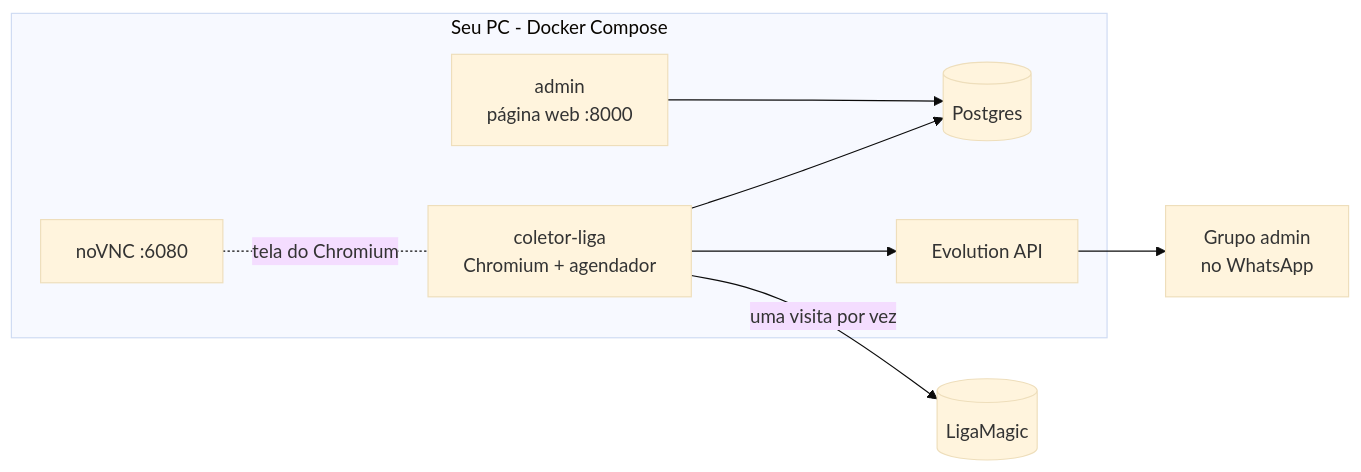
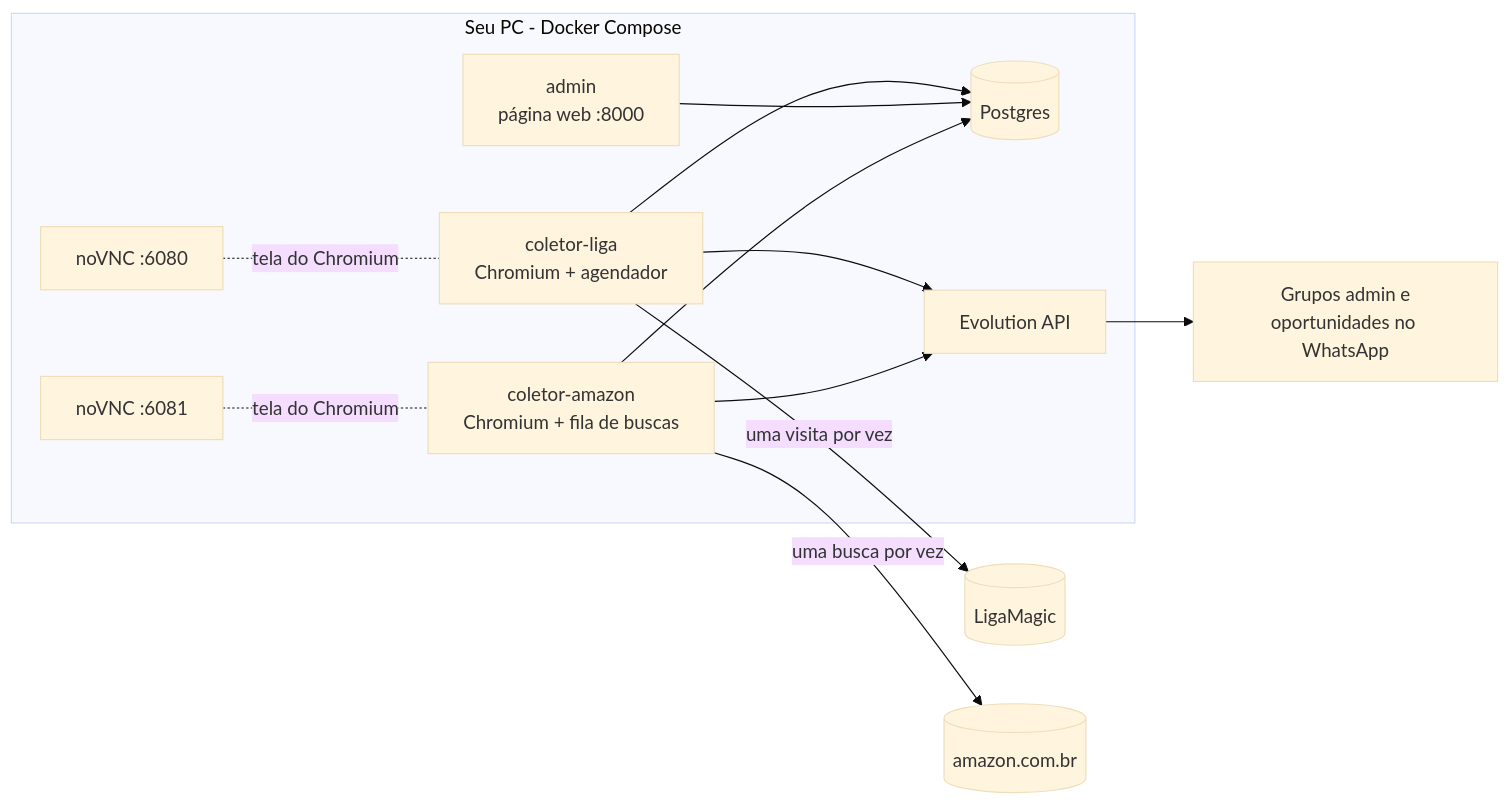
Before and after one commit to Kyner/tcg-sniper: the diagram in README.md, drawn with Mermaid (base theme). The commit also changed other lines of this file and 5 other files, not shown here.

Commit message:
feat: coletor-amazon command, compose service with its own noVNC, and docs

````diff
--- a/README.md
+++ b/README.md
@@ -35,18 +36,25 @@
 ```mermaid
 flowchart LR
     liga[(LigaMagic)]
+    amazon[(amazon.com.br)]
     subgraph pc[Seu PC - Docker Compose]
         coletor[coletor-liga<br/>Chromium + agendador]
+        coletor_amz[coletor-amazon<br/>Chromium + fila de buscas]
         admin[admin<br/>página web :8000]
         db[(Postgres)]
         evo[Evolution API]
         vnc[noVNC :6080]
+        vnc_amz[noVNC :6081]
     end
-    whats[Grupo admin<br/>no WhatsApp]
+    whats[Grupos admin e<br/>oportunidades no WhatsApp]
 
     coletor -- uma visita por vez --> liga
     coletor --> db
     admin --> db
     coletor --> evo --> whats
+    coletor_amz -- uma busca por vez --> amazon
+    coletor_amz --> db
+    coletor_amz --> evo
     vnc -. tela do Chromium .- coletor
+    vnc_amz -. tela do Chromium .- coletor_amz
 ```
````
